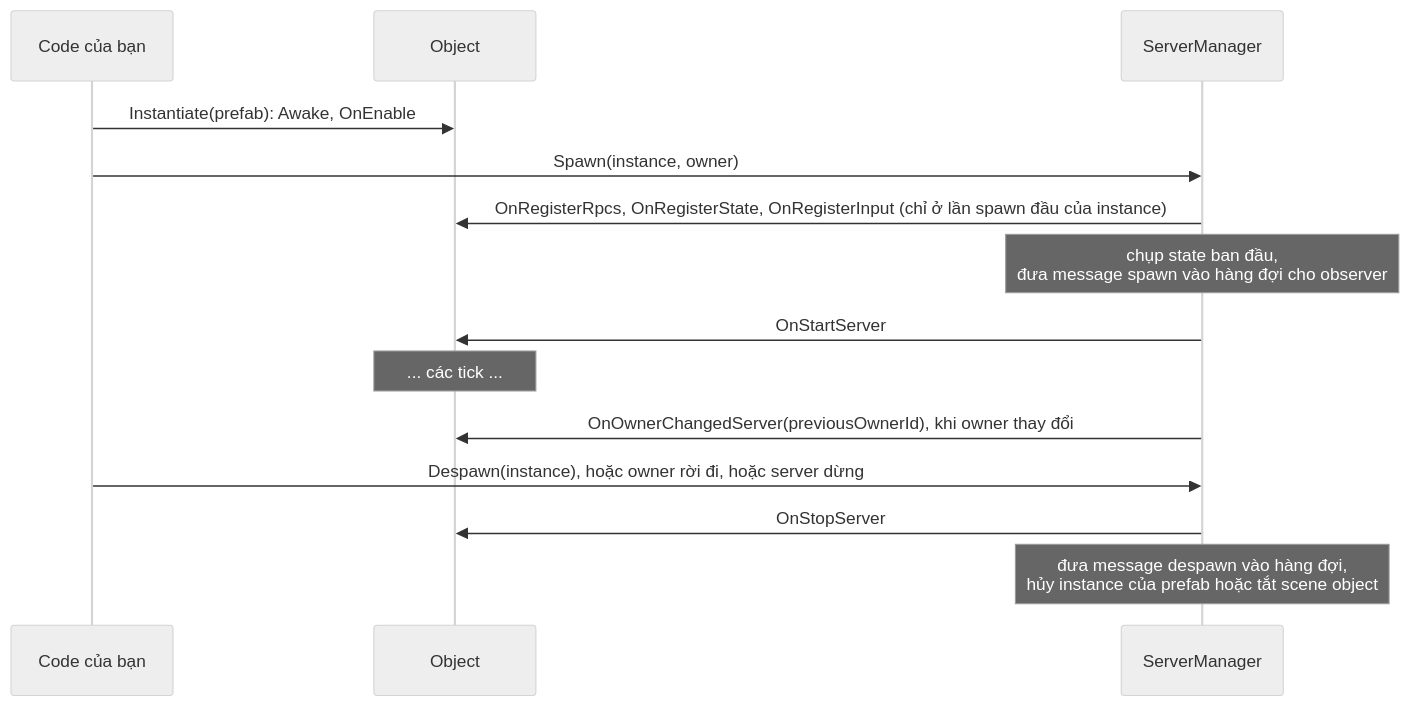
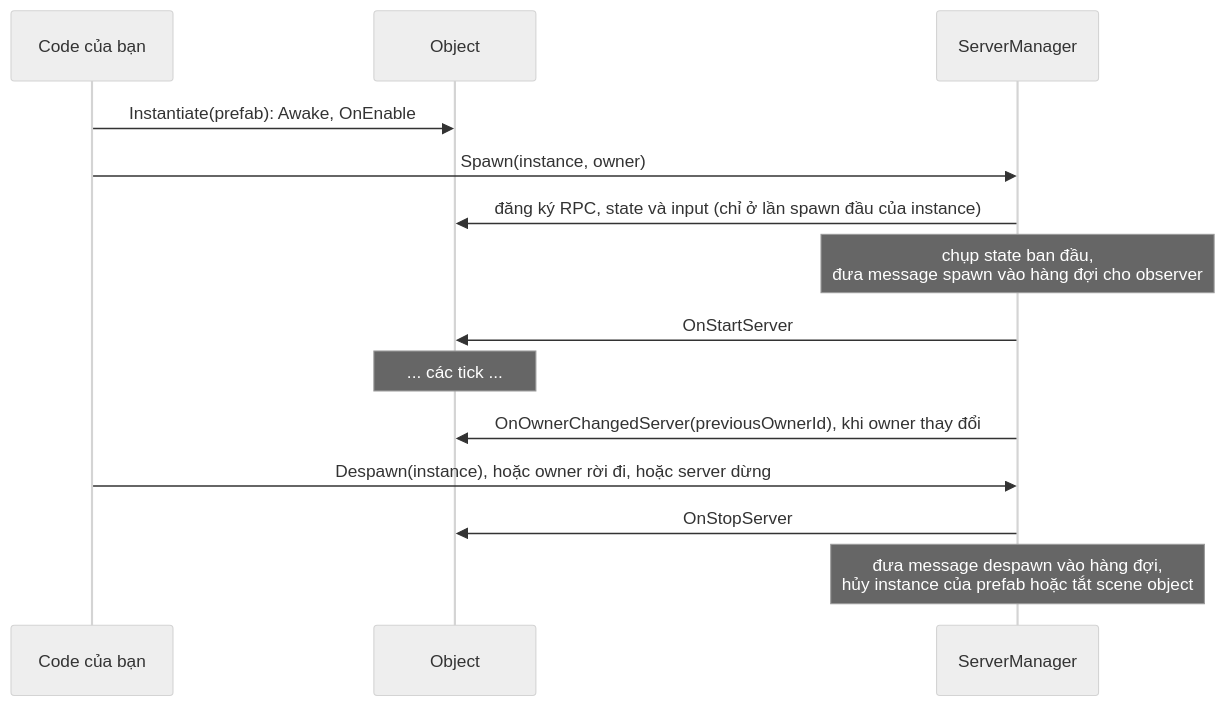
One commit to fomoxa/unity-docs changed the third of 4 diagrams in vi/concepts/lifecycle.md. Above: the diagram before and after it, drawn with Mermaid (neutral theme). The commit also changed other lines of this file and 110 other files, not shown here.

Commit message:
Rewrite unity-docs for the field-based API, with schema evolution rules (16.8)

````diff
--- a/vi/concepts/lifecycle.md
+++ b/vi/concepts/lifecycle.md
@@ -60,16 +60,16 @@
 ```mermaid
 sequenceDiagram
     participant Code as Code của bạn
     participant Obj as Object
     participant SM as ServerManager
     Code->>Obj: Instantiate(prefab): Awake, OnEnable
     Code->>SM: Spawn(instance, owner)
-    SM->>Obj: OnRegisterRpcs, OnRegisterState, OnRegisterInput (chỉ ở lần spawn đầu của instance)
+    SM->>Obj: đăng ký RPC, state và input (chỉ ở lần spawn đầu của instance)
     Note over SM: chụp state ban đầu,<br/>đưa message spawn vào hàng đợi cho observer
     SM->>Obj: OnStartServer
     Note over Obj: ... các tick ...
     SM->>Obj: OnOwnerChangedServer(previousOwnerId), khi owner thay đổi
     Code->>SM: Despawn(instance), hoặc owner rời đi, hoặc server dừng
     SM->>Obj: OnStopServer
     Note over SM: đưa message despawn vào hàng đợi,<br/>hủy instance của prefab hoặc tắt scene object
 ```
````
